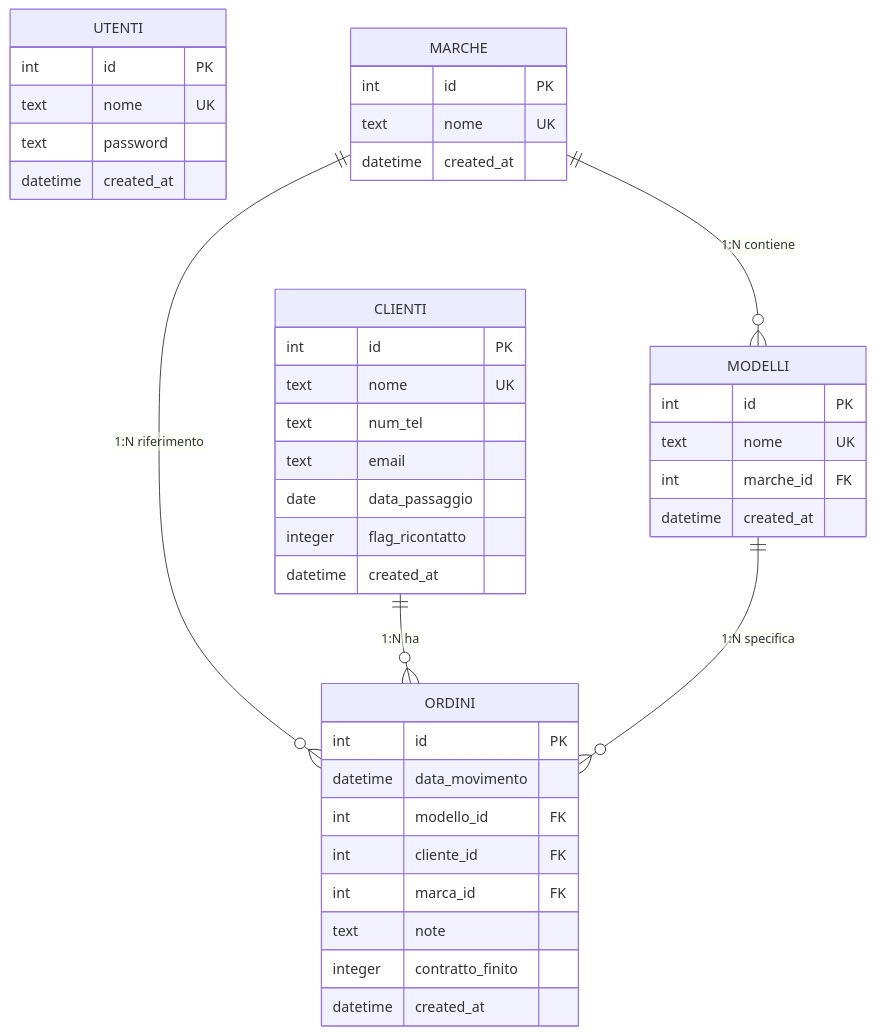
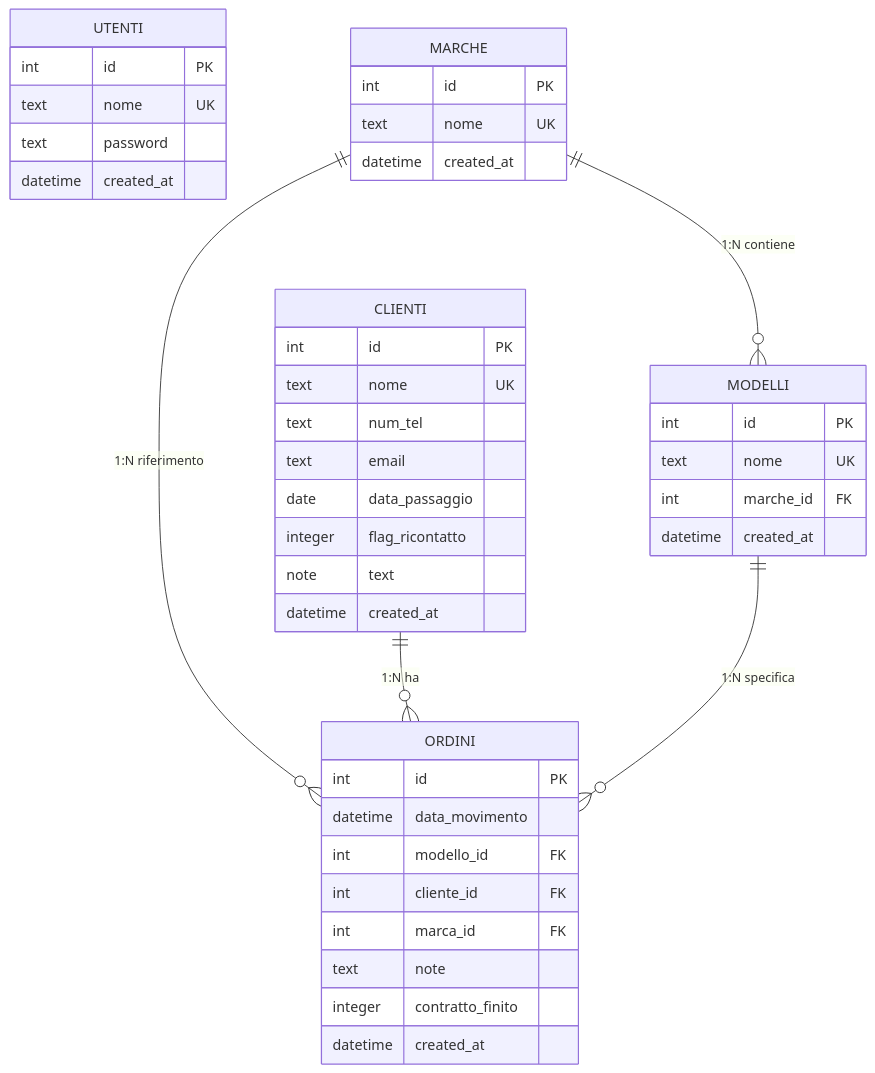
The diagram in backend/db/Schema/Schema.mmd (NicoMaker/Gestione_Preventivi), drawn with Mermaid before and after one commit. The commit also changed 1 other file, not shown here.

Commit message:
add schema

```diff
--- a/backend/db/Schema/Schema.mmd
+++ b/backend/db/Schema/Schema.mmd
@@ -1,47 +1,48 @@
 erDiagram
     UTENTI {
         int id PK
         text nome UK
         text password
         datetime created_at
     }
     
     MARCHE {
         int id PK
         text nome UK
         datetime created_at
     }
     
     CLIENTI {
         int id PK
         text nome UK
         text num_tel
         text email
-                date data_passaggio
+        date data_passaggio
         integer flag_ricontatto
+        note text
         datetime created_at
     }
     
     MODELLI {
         int id PK
         text nome UK
         int marche_id FK
         datetime created_at
     }
     
     ORDINI {
         int id PK
         datetime data_movimento
         int modello_id FK 
         int cliente_id FK 
         int marca_id FK 
         text note
         integer contratto_finito
         datetime created_at
     }
     
     %% Relazioni con cardinalità 1:N esplicita
     MARCHE ||--o{ MODELLI : "1:N contiene"
     MARCHE ||--o{ ORDINI : "1:N riferimento"
     CLIENTI ||--o{ ORDINI : "1:N ha"
     MODELLI ||--o{ ORDINI : "1:N specifica"
```
